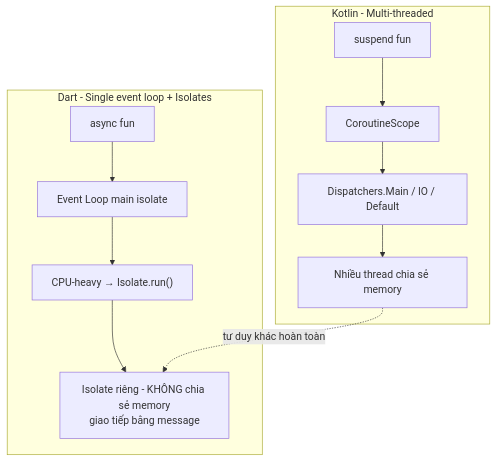
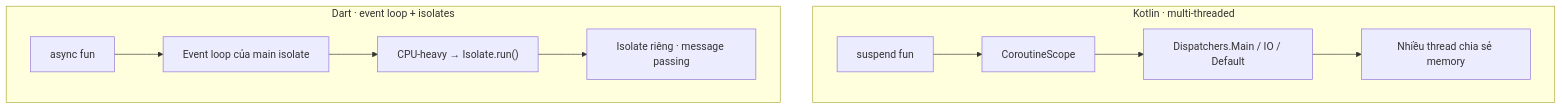
The fourth of 5 diagrams in flutter/docs/session_01/dart/dart_for_kotlin_devs.md (h1eu/knowledge), drawn with Mermaid before and after one commit. The commit also changed other lines of this file and 26 other files, not shown here.

````diff
--- a/flutter/docs/session_01/dart/dart_for_kotlin_devs.md
+++ b/flutter/docs/session_01/dart/dart_for_kotlin_devs.md
@@ -590,14 +293,13 @@
 ```mermaid
-graph TD
-    subgraph "Kotlin - Multi-threaded"
-        T1[suspend fun] --> T2[CoroutineScope]
-        T2 --> T3[Dispatchers.Main / IO / Default]
-        T3 --> T4[Nhiều thread chia sẻ memory]
+flowchart TB
+    subgraph K["Kotlin · multi-threaded"]
+        K1["suspend fun"] --> K2["CoroutineScope"]
+        K2 --> K3["Dispatchers.Main / IO / Default"]
+        K3 --> K4["Nhiều thread chia sẻ memory"]
     end
-    subgraph "Dart - Single event loop + Isolates"
-        D1[async fun] --> D2[Event Loop main isolate]
+    subgraph D["Dart · event loop + isolates"]
+        D1["async fun"] --> D2["Event loop của main isolate"]
         D2 --> D3["CPU-heavy → Isolate.run()"]
-        D3 --> D4[Isolate riêng - KHÔNG chia sẻ memory<br/>giao tiếp bằng message]
+        D3 --> D4["Isolate riêng · message passing"]
     end
-    T4 -.->|tư duy khác hoàn toàn| D4
 ```
````
